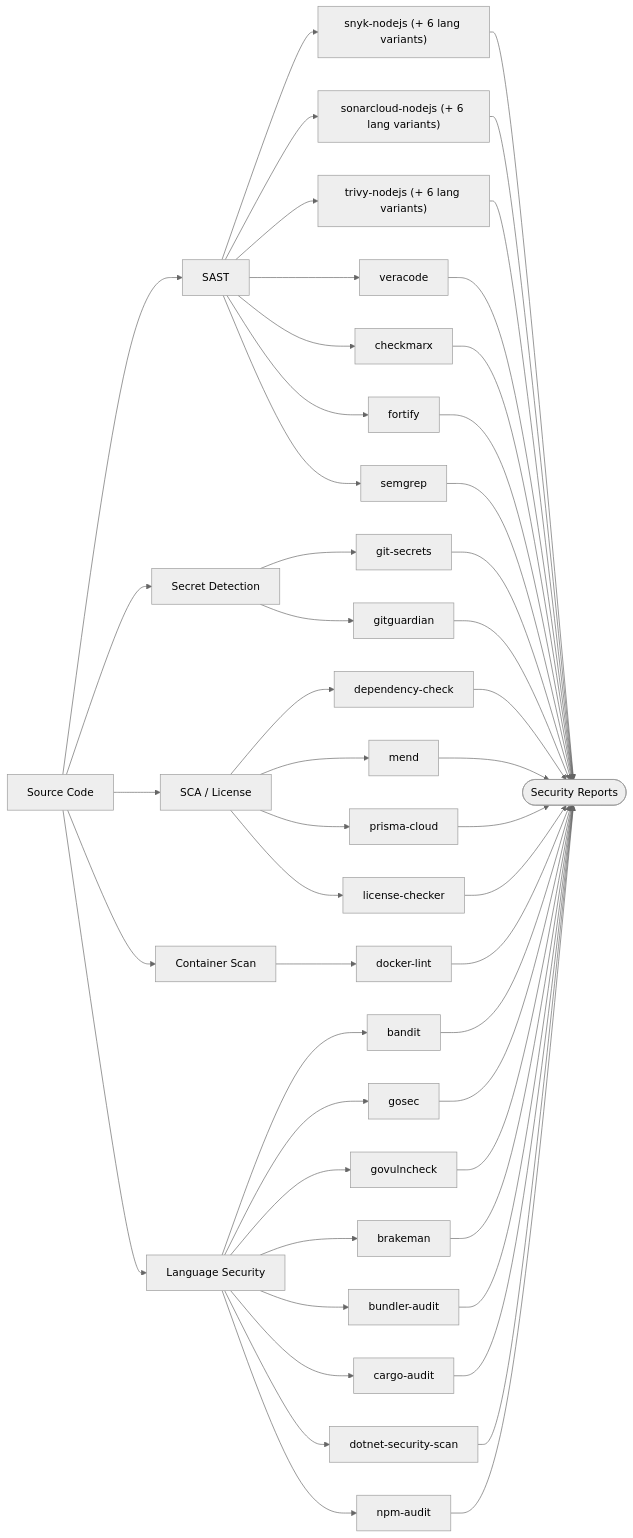
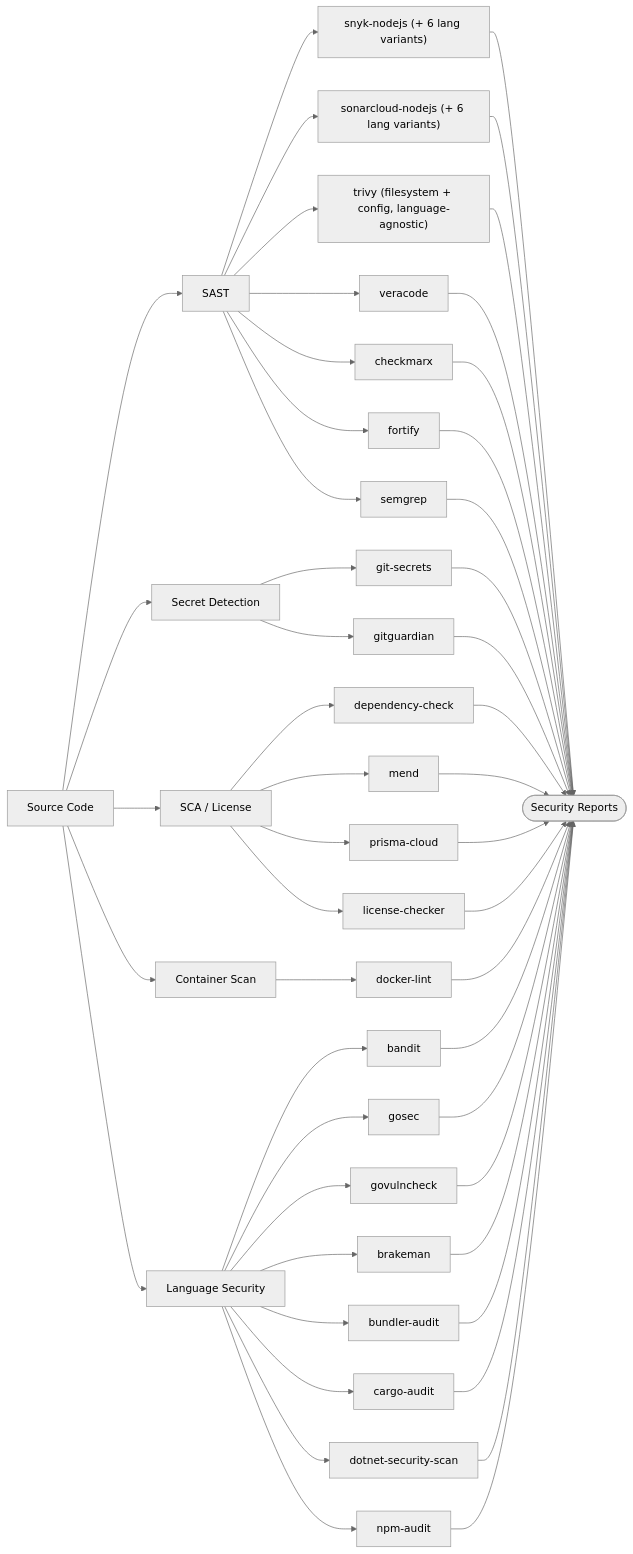
The diagram in docs/plugins/security.md (mwashburn160/pipeline-builder), drawn with Mermaid (neutral theme) before and after one commit. The commit also changed other lines of this file and 236 other files, not shown here.

````diff
--- a/docs/plugins/security.md
+++ b/docs/plugins/security.md
@@ -11,31 +11,31 @@
 ```mermaid
 flowchart LR
     Code[Source Code] --> SAST[SAST]
     Code --> Secrets[Secret Detection]
     Code --> SCA[SCA / License]
     Code --> Container[Container Scan]
     Code --> LangSec[Language Security]
 
     SAST --> snyk-nodejs["snyk-nodejs (+ 6 lang variants)"]
     SAST --> sonarcloud-nodejs["sonarcloud-nodejs (+ 6 lang variants)"]
-    SAST --> trivy-nodejs["trivy-nodejs (+ 6 lang variants)"]
+    SAST --> trivy["trivy (filesystem + config, language-agnostic)"]
     SAST --> veracode & checkmarx & fortify
     SAST --> semgrep
 
     Secrets --> git-secrets & gitguardian
 
     SCA --> dependency-check & mend & prisma-cloud
     SCA --> license-checker
 
     Container --> docker-lint
 
     LangSec --> bandit & gosec & govulncheck
     LangSec --> brakeman & bundler-audit & cargo-audit
     LangSec --> dotnet-security-scan & npm-audit
 
-    snyk-nodejs & sonarcloud-nodejs & trivy-nodejs & veracode & checkmarx & fortify & semgrep --> Reports([Security Reports])
+    snyk-nodejs & sonarcloud-nodejs & trivy & veracode & checkmarx & fortify & semgrep --> Reports([Security Reports])
     git-secrets & gitguardian --> Reports
     dependency-check & mend & prisma-cloud & license-checker --> Reports
     docker-lint --> Reports
     bandit & gosec & govulncheck & brakeman & bundler-audit & cargo-audit & dotnet-security-scan & npm-audit --> Reports
 ```
````
